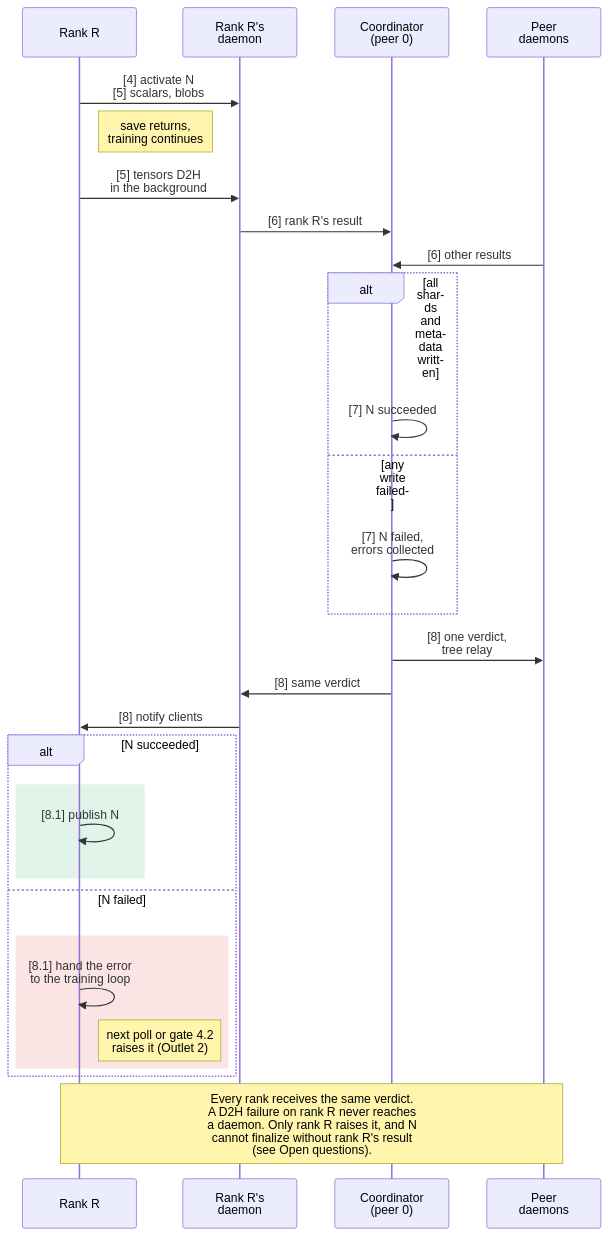
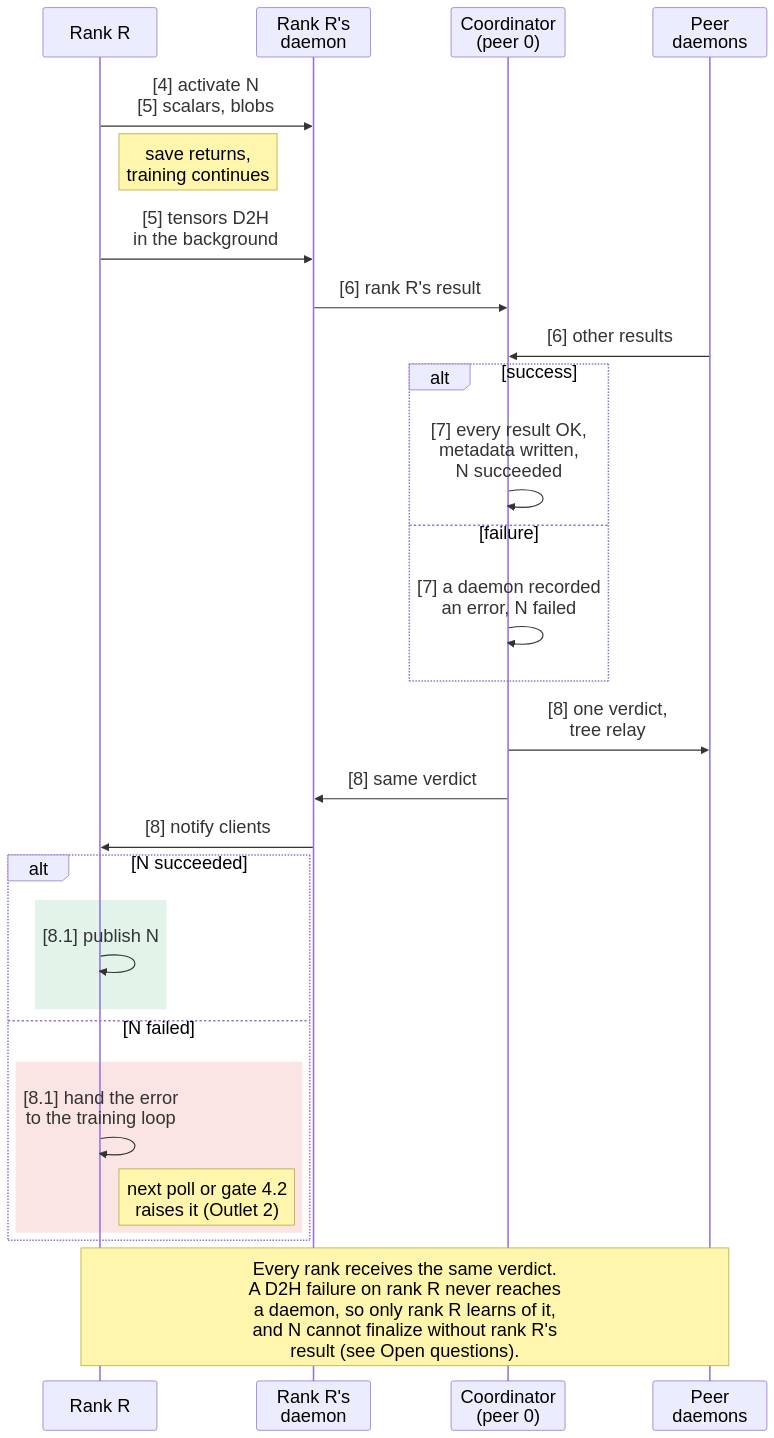
The second of 5 diagrams in docs/Design.md (ankurv-nvidia/nvrx_checkpointing), drawn with Mermaid before and after one commit. The commit also changed other lines of this file, not shown here.

````diff
--- a/docs/Design.md
+++ b/docs/Design.md
@@ -336,33 +335,33 @@
 ```mermaid
-%%{init: {"sequence": {"actorFontSize": 28, "messageFontSize": 28, "noteFontSize": 28, "labelBoxWidth": 100, "labelBoxHeight": 40}}}%%
+%%{init: {"fontSize": 24, "sequence": {"labelBoxWidth": 80, "labelBoxHeight": 34}}}%%
 sequenceDiagram
     participant R as Rank R
     participant LD as Rank R's<br/>daemon
     participant CO as Coordinator<br/>(peer 0)
     participant PD as Peer<br/>daemons
 
     R->>LD: [4] activate N<br/>[5] scalars, blobs
     Note right of R: save returns,<br/>training continues
     R->>LD: [5] tensors D2H<br/>in the background
     LD->>CO: [6] rank R's result
     PD->>CO: [6] other results
-    alt all shards and metadata written
-        CO->>CO: [7] N succeeded
-    else any write failed
-        CO->>CO: [7] N failed,<br/>errors collected
+    alt success
+        CO->>CO: [7] every result OK,<br/>metadata written,<br/>N succeeded
+    else failure
+        CO->>CO: [7] a daemon recorded<br/>an error, N failed
     end
     CO->>PD: [8] one verdict,<br/>tree relay
     CO->>LD: [8] same verdict
     LD->>R: [8] notify clients
     alt N succeeded
         rect rgba(22,163,74,0.12)
             R->>R: [8.1] publish N
         end
     else N failed
         rect rgba(220,38,38,0.12)
             R->>R: [8.1] hand the error<br/>to the training loop
             Note right of R: next poll or gate 4.2<br/>raises it (Outlet 2)
         end
     end
-    Note over R,PD: Every rank receives the same verdict.<br/>A D2H failure on rank R never reaches<br/>a daemon. Only rank R raises it, and N<br/>cannot finalize without rank R's result<br/>(see Open questions).
+    Note over R,PD: Every rank receives the same verdict.<br/>A D2H failure on rank R never reaches<br/>a daemon, so only rank R learns of it,<br/>and N cannot finalize without rank R's<br/>result (see Open questions).
 ```
````
